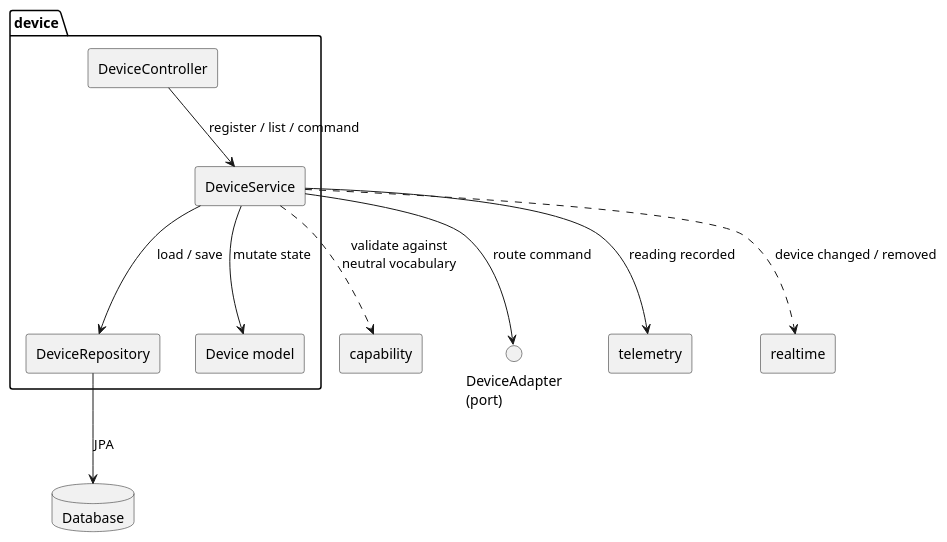
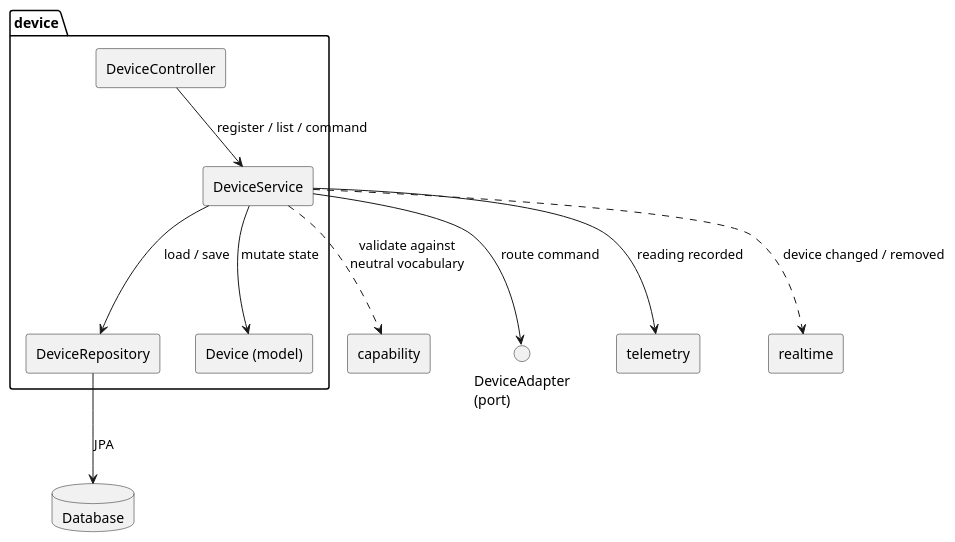
The second of 4 diagrams in docs/modules/ROOT/pages/05-building-block-view.adoc (FelixGeisler/SmartHome), drawn with PlantUML before and after one commit. The commit also changed other lines of this file and 2 other files, not shown here.

```diff
--- a/docs/modules/ROOT/pages/05-building-block-view.adoc
+++ b/docs/modules/ROOT/pages/05-building-block-view.adoc
@@ -69,27 +46,27 @@
 [plantuml,bb-device,svg]
 ----
 @startuml
 skinparam componentStyle rectangle
 
 package "device" {
   [DeviceController] as ctl
   [DeviceService] as svc
   [DeviceRepository] as repo
-  [Device model] as model
+  [Device (model)] as model
 }
 [capability] as cap
 interface "DeviceAdapter\n(port)" as port
 [telemetry]
 [realtime]
 database "Database" as db
 
 ctl --> svc : register / list / command
 svc --> model : mutate state
 svc --> repo : load / save
 repo --> db : JPA
 svc ..> cap : validate against\nneutral vocabulary
 svc --> port : route command
 svc --> [telemetry] : reading recorded
 svc ..> [realtime] : device changed / removed
 @enduml
 ----
```
